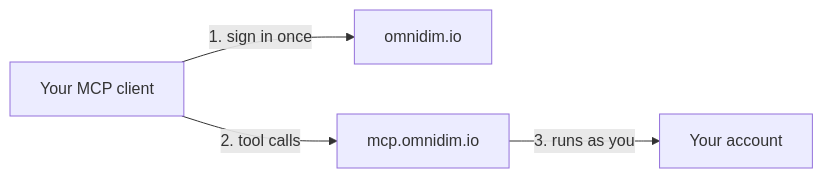
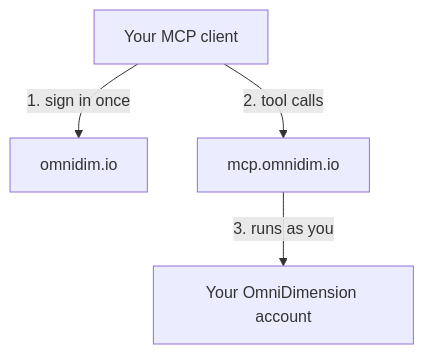
Before and after one commit to Omnidim/omnidim-mcp-cloud: the diagram in README.md, drawn with Mermaid. The commit also changed other lines of this file, not shown here.

Commit message:
docs: stack the README diagram and install the dev tools in local setup

````diff
--- a/README.md
+++ b/README.md
@@ -10,6 +10,6 @@
 ```mermaid
-flowchart LR
+flowchart TB
   C["Your MCP client"] -- "1. sign in once" --> L["omnidim.io"]
   C -- "2. tool calls" --> M["mcp.omnidim.io"]
-  M -- "3. runs as you" --> A["Your account"]
+  M -- "3. runs as you" --> A["Your OmniDimension account"]
 ```
````
